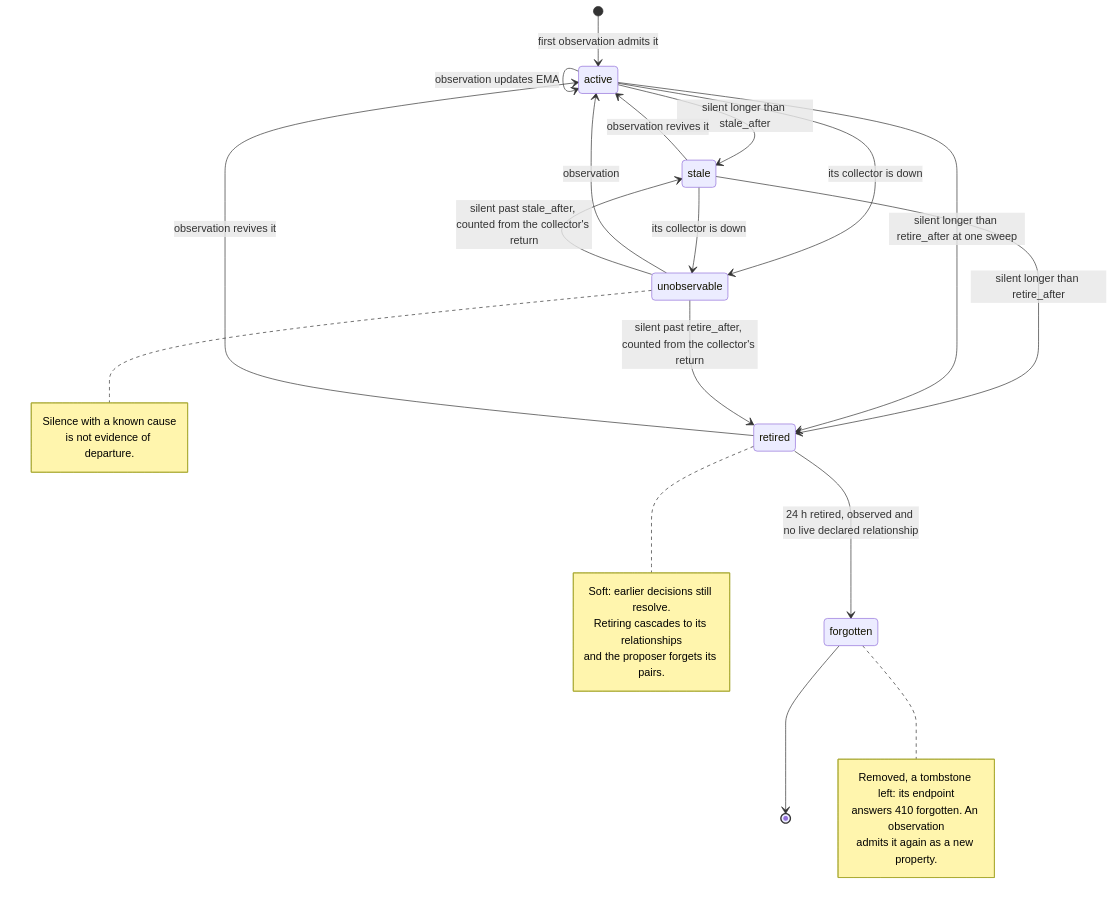
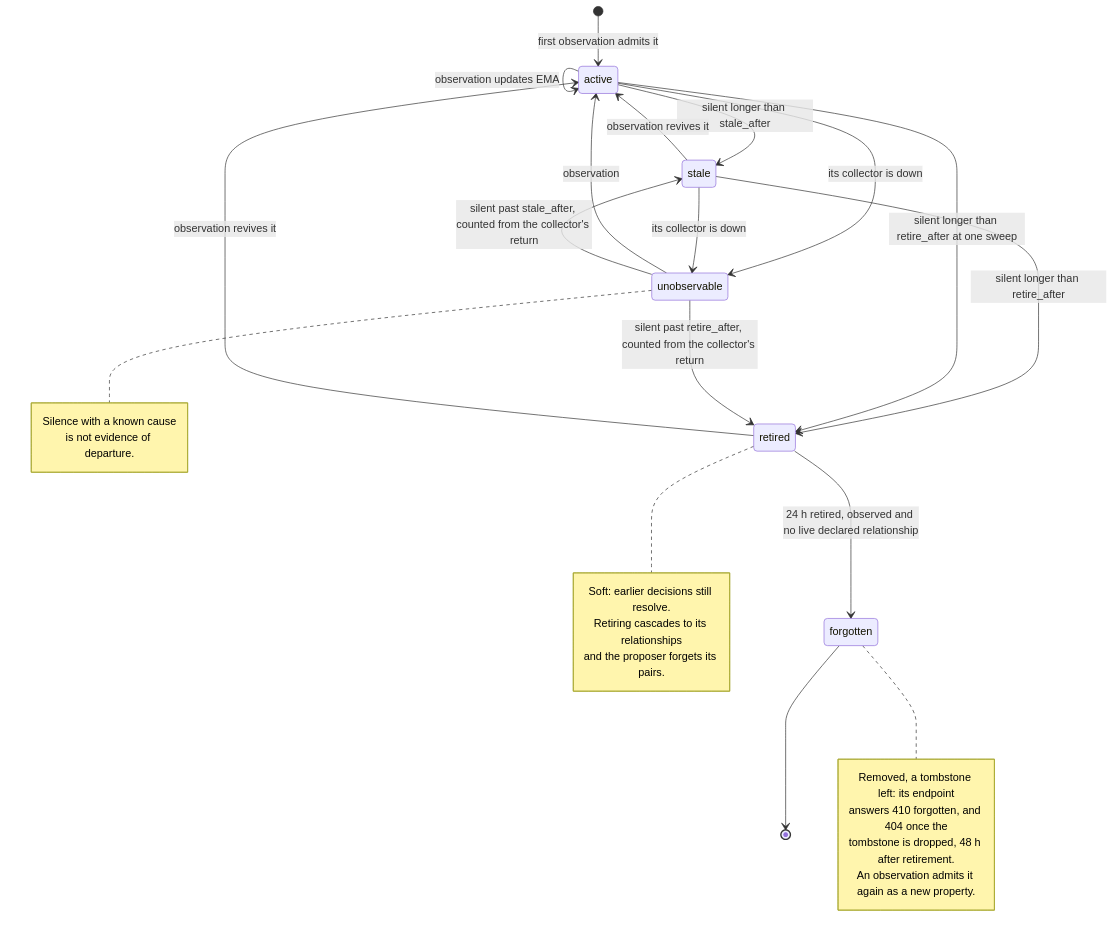
Before and after one commit to DiyazY/di-agent: the fifth of 21 diagrams in docs/architecture-diagrams.md, drawn with Mermaid. The commit also changed other lines of this file and 4 other files, not shown here.

````diff
--- a/docs/architecture-diagrams.md
+++ b/docs/architecture-diagrams.md
@@ -225,31 +225,32 @@
 ```mermaid
 stateDiagram-v2
     [*] --> active: first observation admits it
     active --> active: observation updates EMA
     active --> stale: silent longer than stale_after
     stale --> active: observation revives it
     stale --> retired: silent longer than retire_after
     active --> retired: silent longer than retire_after at one sweep
     active --> unobservable: its collector is down
     stale --> unobservable: its collector is down
     unobservable --> active: observation
     unobservable --> stale: silent past stale_after, counted from the collector's return
     unobservable --> retired: silent past retire_after, counted from the collector's return
     retired --> active: observation revives it
     retired --> forgotten: 24 h retired, observed and no live declared relationship
     forgotten --> [*]
     note right of unobservable
         Silence with a known cause
         is not evidence of departure.
     end note
     note right of retired
         Soft: earlier decisions still resolve.
         Retiring cascades to its relationships
         and the proposer forgets its pairs.
     end note
     note right of forgotten
         Removed, a tombstone left: its endpoint
-        answers 410 forgotten. An observation
-        admits it again as a new property.
+        answers 410 forgotten, and 404 once the
+        tombstone is dropped, 48 h after retirement.
+        An observation admits it again as a new property.
     end note
 ```
````
